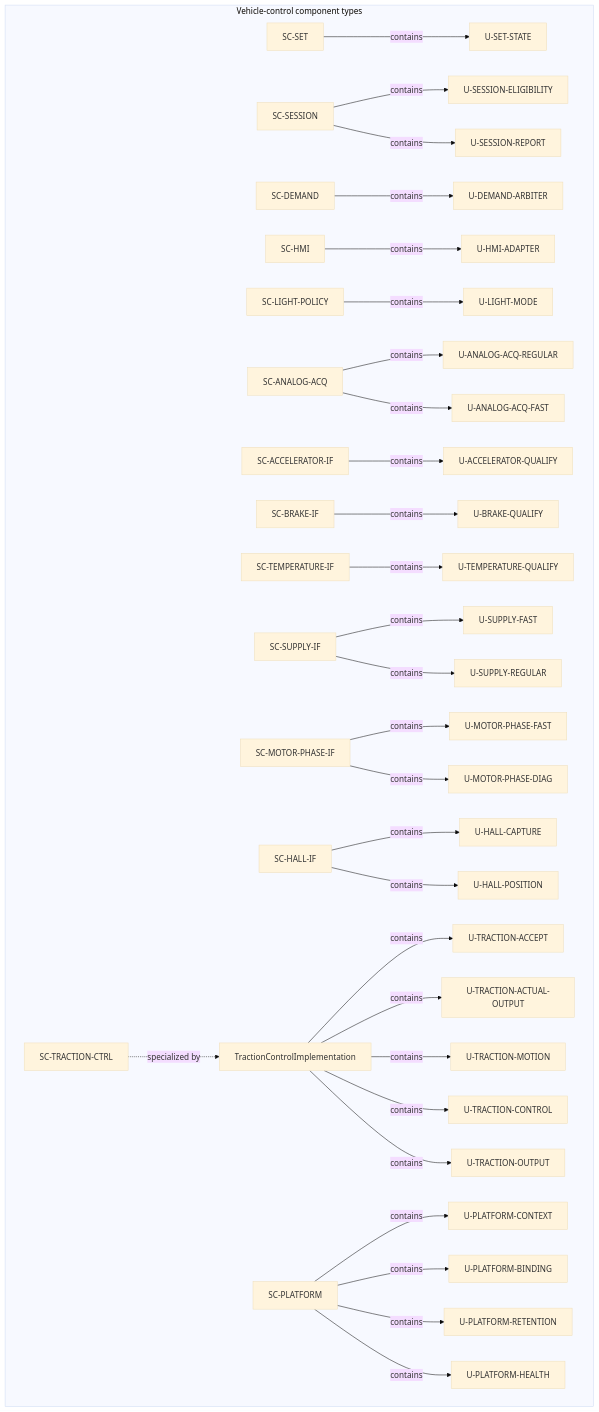
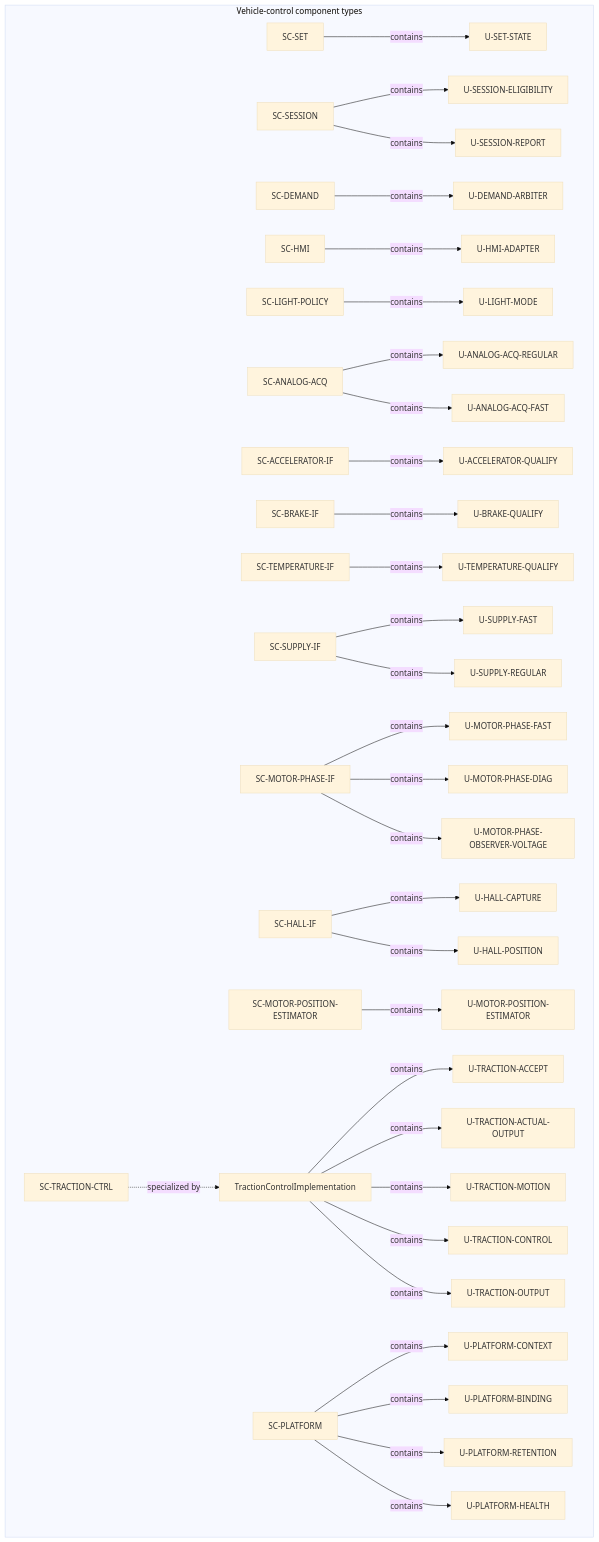
One commit to dhellhake/X2CityMCU changed the second of 9 diagrams in .devenv/Architecture/SoftwareArchitecture/DetailedDesign/DD-003_Static_Software_Architecture_Views.md. Above: the diagram before and after it, drawn with Mermaid (base theme). The commit also changed other lines of this file and 69 other files, not shown here.

Commit message:
Refactored MotorPositionEstimation on System-Level

````diff
--- a/.devenv/Architecture/SoftwareArchitecture/DetailedDesign/DD-003_Static_Software_Architecture_Views.md
+++ b/.devenv/Architecture/SoftwareArchitecture/DetailedDesign/DD-003_Static_Software_Architecture_Views.md
@@ -110,32 +112,34 @@
 ```mermaid
 flowchart TB
     subgraph V[Vehicle-control component types]
         SET[SC-SET] -->|contains| US[U-SET-STATE]
         SESSION[SC-SESSION] -->|contains| USE[U-SESSION-ELIGIBILITY]
         SESSION -->|contains| USR[U-SESSION-REPORT]
         DEMAND[SC-DEMAND] -->|contains| UDA[U-DEMAND-ARBITER]
         HMI[SC-HMI] -->|contains| UHA[U-HMI-ADAPTER]
         LIGHT[SC-LIGHT-POLICY] -->|contains| ULM[U-LIGHT-MODE]
         ANALOG[SC-ANALOG-ACQ] -->|contains| UAR[U-ANALOG-ACQ-REGULAR]
         ANALOG -->|contains| UAF[U-ANALOG-ACQ-FAST]
         ACCEL[SC-ACCELERATOR-IF] -->|contains| UAQ[U-ACCELERATOR-QUALIFY]
         BRAKE[SC-BRAKE-IF] -->|contains| UBQ[U-BRAKE-QUALIFY]
         TEMP[SC-TEMPERATURE-IF] -->|contains| UTQ[U-TEMPERATURE-QUALIFY]
         SUPPLY[SC-SUPPLY-IF] -->|contains| USF[U-SUPPLY-FAST]
         SUPPLY -->|contains| USREG[U-SUPPLY-REGULAR]
         PHASE[SC-MOTOR-PHASE-IF] -->|contains| UMPF[U-MOTOR-PHASE-FAST]
         PHASE -->|contains| UMPD[U-MOTOR-PHASE-DIAG]
         HALL[SC-HALL-IF] -->|contains| UHC[U-HALL-CAPTURE]
         HALL -->|contains| UHP[U-HALL-POSITION]
+        PHASE -->|contains| UMPOV[U-MOTOR-PHASE-OBSERVER-VOLTAGE]
+        MPP[SC-MOTOR-POSITION-ESTIMATOR] -->|contains| UMPE[U-MOTOR-POSITION-ESTIMATOR]
         TRACTION[SC-TRACTION-CTRL] -.->|specialized by| TRDD[TractionControlImplementation]
         TRDD -->|contains| UTA[U-TRACTION-ACCEPT]
         TRDD -->|contains| UTAO[U-TRACTION-ACTUAL-OUTPUT]
         TRDD -->|contains| UTM[U-TRACTION-MOTION]
         TRDD -->|contains| UTC[U-TRACTION-CONTROL]
         TRDD -->|contains| UTO[U-TRACTION-OUTPUT]
         PLATFORM[SC-PLATFORM] -->|contains| UPC[U-PLATFORM-CONTEXT]
         PLATFORM -->|contains| UPB[U-PLATFORM-BINDING]
         PLATFORM -->|contains| UPR[U-PLATFORM-RETENTION]
         PLATFORM -->|contains| UPH[U-PLATFORM-HEALTH]
     end
 ```
````
